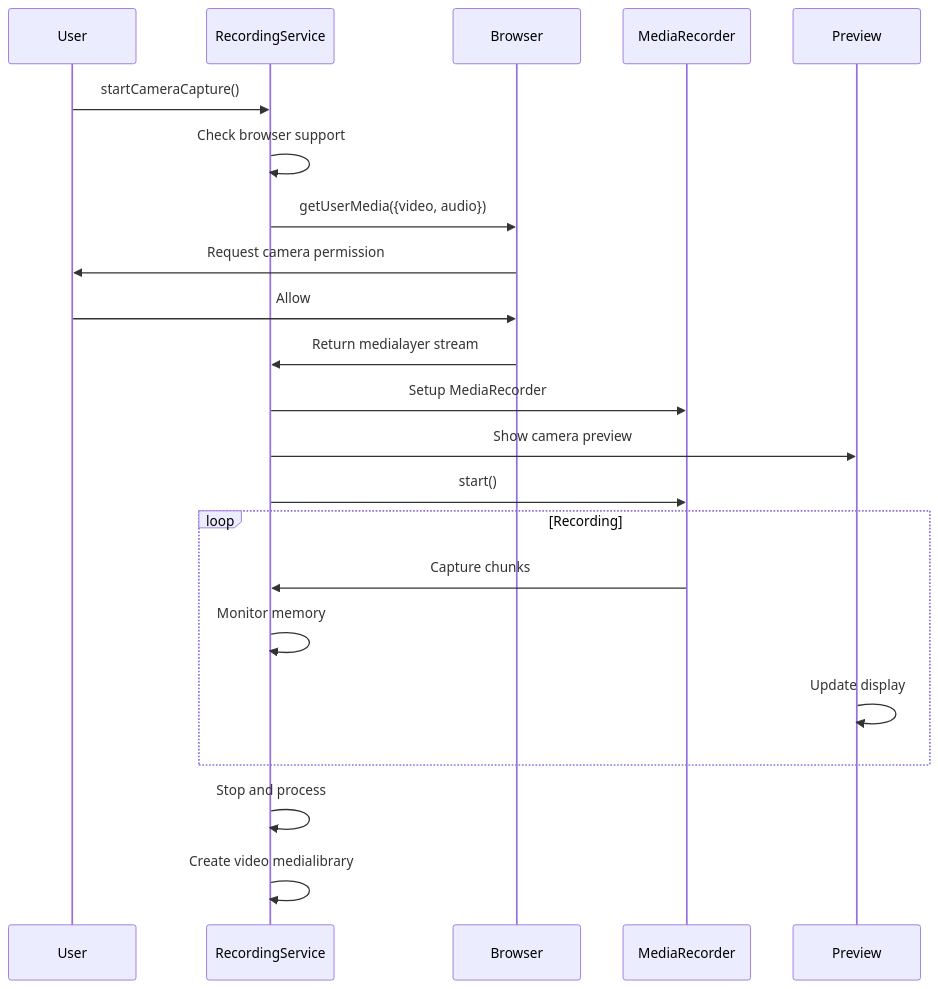
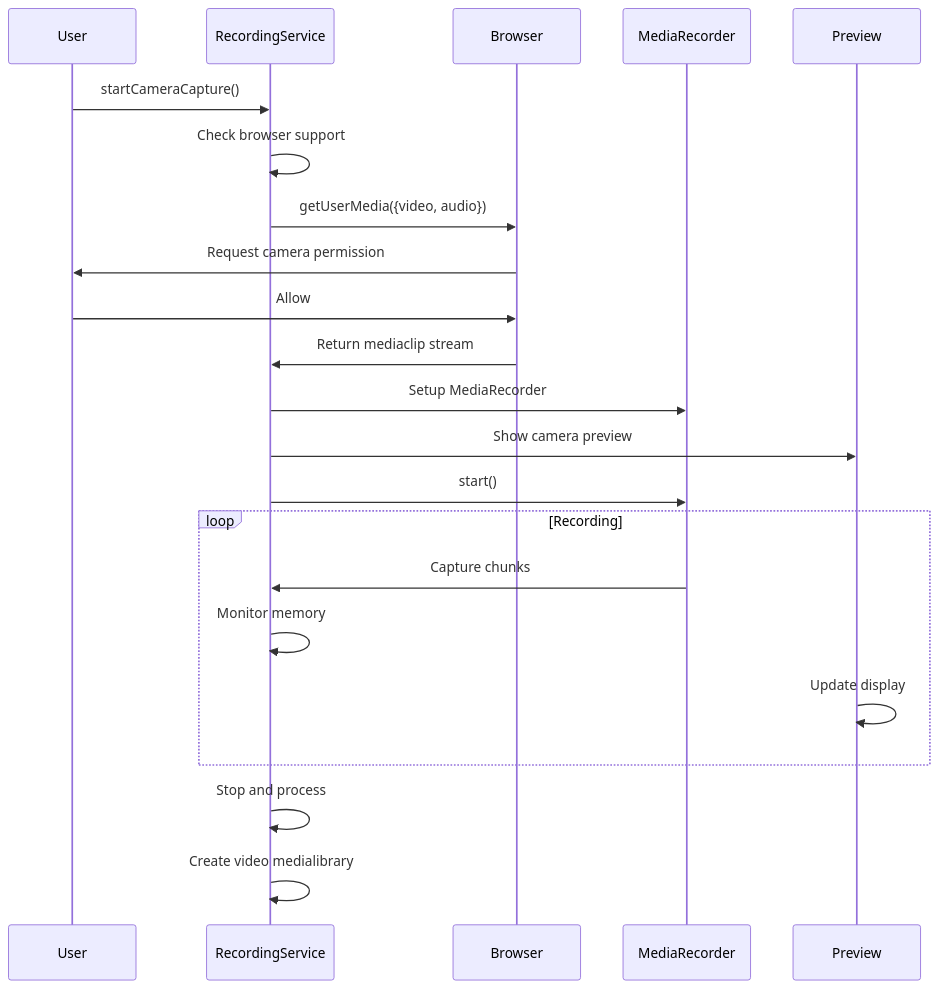
One commit to apssouza22/web-video-edit changed the fourth of 9 diagrams in docs/architecture/06-recording-system.md. Above: the diagram before and after it, drawn with Mermaid. The commit also changed 78 other files, not shown here.

````diff
--- a/docs/architecture/06-recording-system.md
+++ b/docs/architecture/06-recording-system.md
@@ -185,29 +185,29 @@
 ```mermaid
 sequenceDiagram
     participant User
     participant Service as RecordingService
     participant Browser
     participant Recorder as MediaRecorder
     participant Preview
 
     User->>Service: startCameraCapture()
     Service->>Service: Check browser support
     
     Service->>Browser: getUserMedia({video, audio})
     Browser->>User: Request camera permission
     User->>Browser: Allow
-    Browser->>Service: Return medialayer stream
+    Browser->>Service: Return mediaclip stream
     
     Service->>Recorder: Setup MediaRecorder
     Service->>Preview: Show camera preview
     Service->>Recorder: start()
     
     loop Recording
         Recorder->>Service: Capture chunks
         Service->>Service: Monitor memory
         Preview->>Preview: Update display
     end
     
     Service->>Service: Stop and process
     Service->>Service: Create video medialibrary
 ```
````
